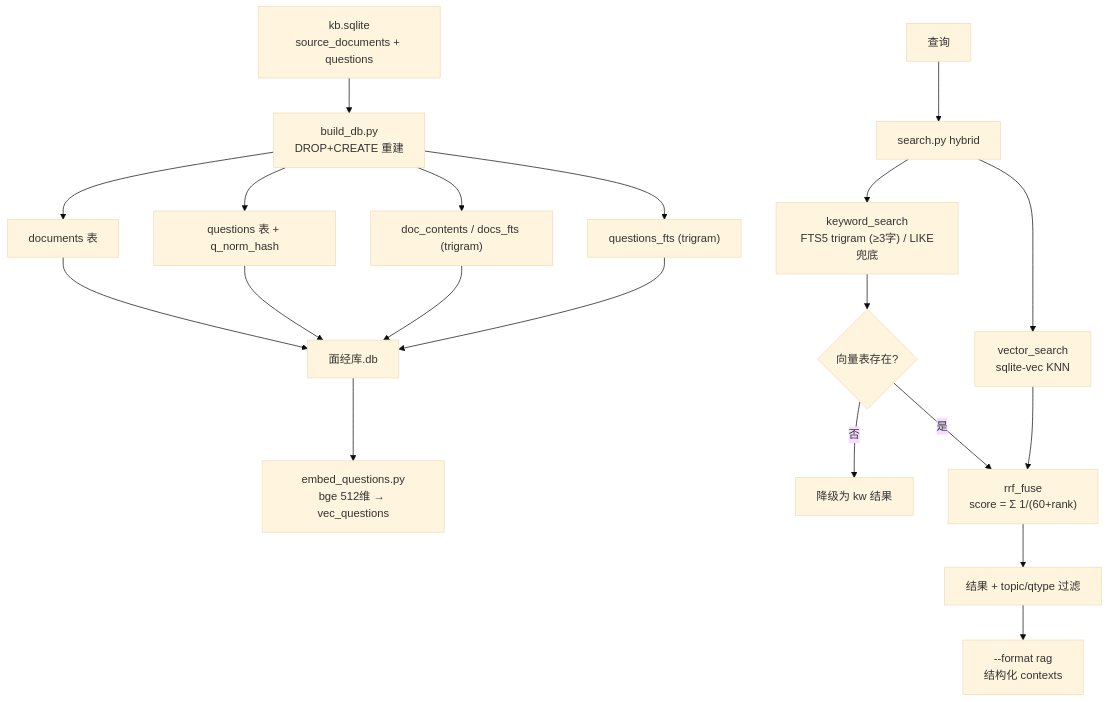
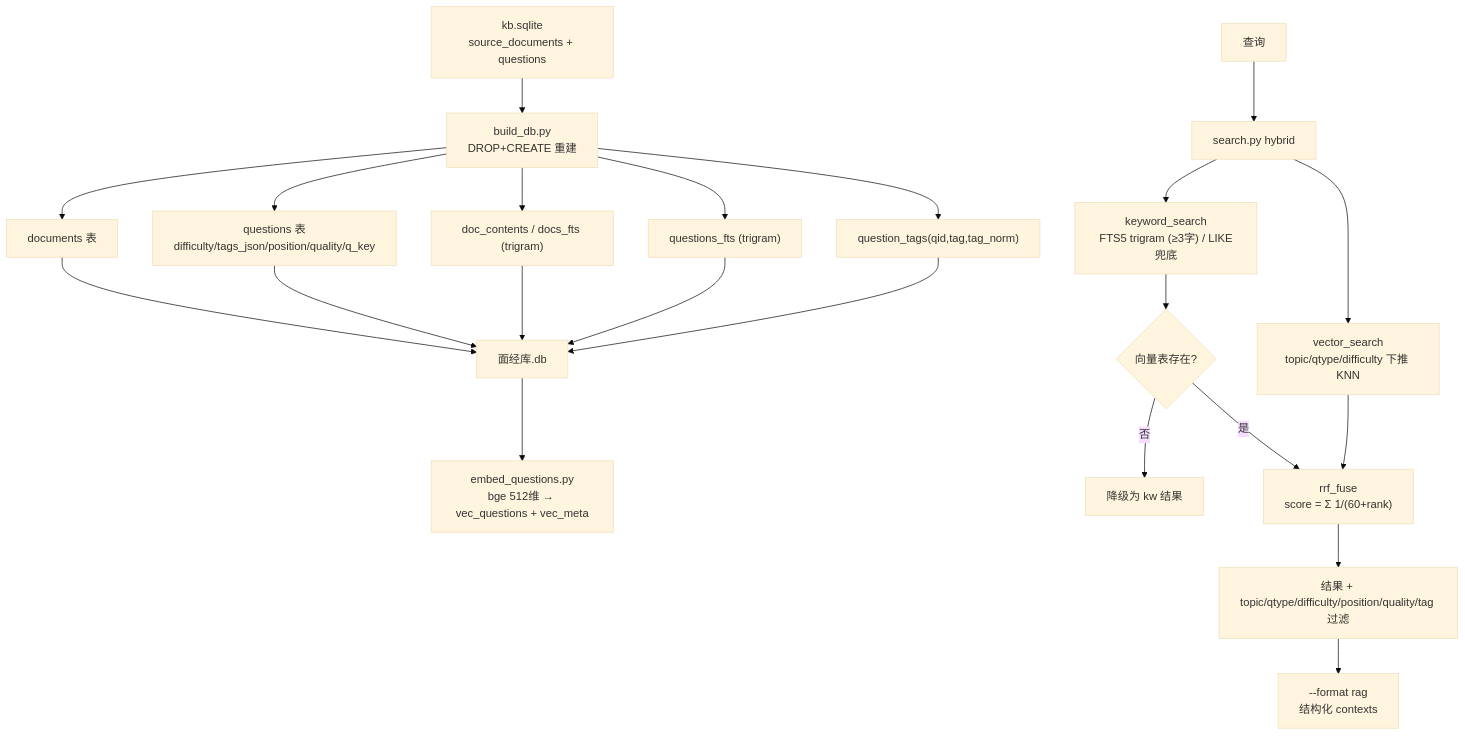
One commit to libai4hao/mianjing-kb changed the seventh of 10 diagrams in docs/19-功能流程图.md. Above: the diagram before and after it, drawn with Mermaid (base theme). The commit also changed other lines of this file and 6 other files, not shown here.

Commit message:
docs: add code map and align flowchart with T29/T31 state

````diff
--- a/docs/19-功能流程图.md
+++ b/docs/19-功能流程图.md
@@ -167,22 +176,24 @@
 ```mermaid
 flowchart TD
     A["kb.sqlite<br/>source_documents + questions"] --> B["build_db.py<br/>DROP+CREATE 重建"]
     B --> B1["documents 表"]
-    B --> B2["questions 表 + q_norm_hash"]
+    B --> B2["questions 表<br/>difficulty/tags_json/position/quality/q_key"]
     B --> B3["doc_contents / docs_fts (trigram)"]
     B --> B4["questions_fts (trigram)"]
+    B --> B5["question_tags(qid,tag,tag_norm)"]
     B1 --> C["面经库.db"]
     B2 --> C
     B3 --> C
     B4 --> C
-    C --> D["embed_questions.py<br/>bge 512维 → vec_questions"]
+    B5 --> C
+    C --> D["embed_questions.py<br/>bge 512维 → vec_questions + vec_meta"]
     Q["查询"] --> E["search.py hybrid"]
     E --> F["keyword_search<br/>FTS5 trigram (≥3字) / LIKE兜底"]
-    E --> G["vector_search<br/>sqlite-vec KNN"]
+    E --> G["vector_search<br/>topic/qtype/difficulty 下推 KNN"]
     F --> H{"向量表存在?"}
     H -->|否| I["降级为 kw 结果"]
     H -->|是| J["rrf_fuse<br/>score = Σ 1/(60+rank)"]
     G --> J
-    J --> K["结果 + topic/qtype 过滤"]
+    J --> K["结果 + topic/qtype/difficulty/position/quality/tag 过滤"]
     K --> L["--format rag<br/>结构化 contexts"]
 ```
````
